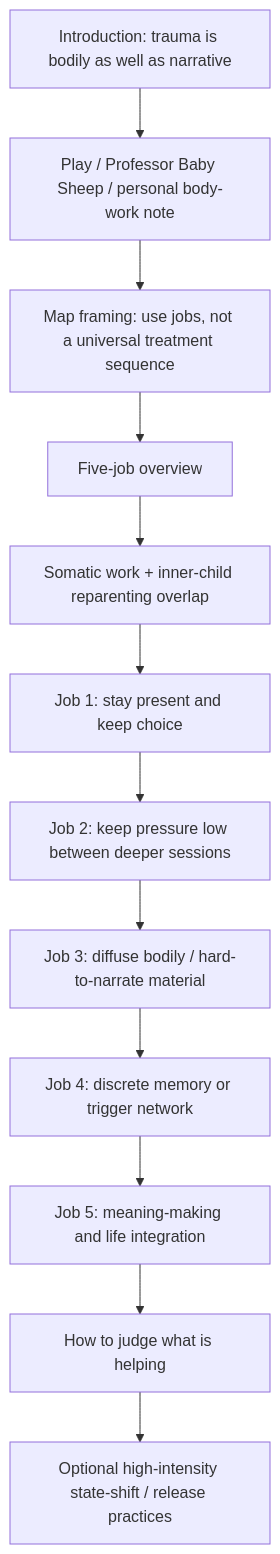
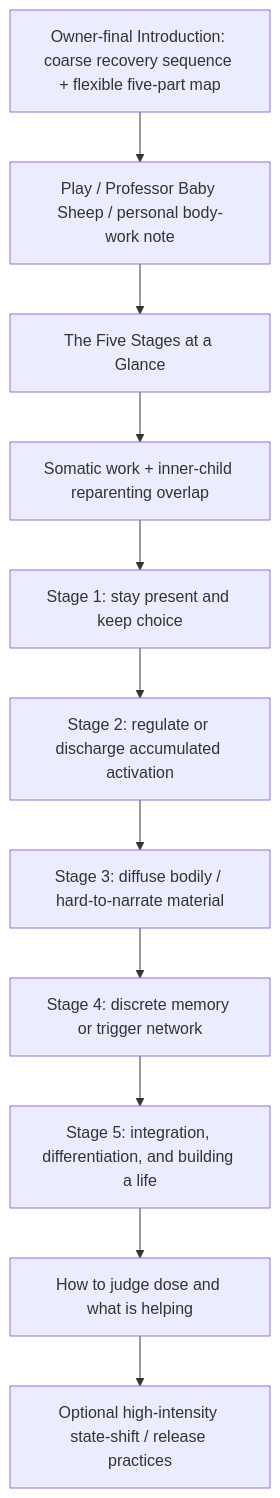
One commit to u-dont-existDOTcom/joel-articles changed the diagram in articles/somatic-therapies/ARCHITECTURE.md. Above: the diagram before and after it, drawn with Mermaid. The commit also changed other lines of this file, not shown here.

Commit message:
Adopt accepted Somatic five-stage architecture

````diff
--- a/articles/somatic-therapies/ARCHITECTURE.md
+++ b/articles/somatic-therapies/ARCHITECTURE.md
@@ -8,14 +8,13 @@
 ```mermaid
 flowchart TD
-    A[Introduction: trauma is bodily as well as narrative] --> B[Play / Professor Baby Sheep / personal body-work note]
-    B --> C[Map framing: use jobs, not a universal treatment sequence]
-    C --> D[Five-job overview]
-    D --> E[Somatic work + inner-child reparenting overlap]
-    E --> J1[Job 1: stay present and keep choice]
-    J1 --> J2[Job 2: keep pressure low between deeper sessions]
-    J2 --> J3[Job 3: diffuse bodily / hard-to-narrate material]
-    J3 --> J4[Job 4: discrete memory or trigger network]
-    J4 --> J5[Job 5: meaning-making and life integration]
-    J5 --> H[How to judge what is helping]
+    A[Owner-final Introduction: coarse recovery sequence + flexible five-part map] --> B[Play / Professor Baby Sheep / personal body-work note]
+    B --> C[The Five Stages at a Glance]
+    C --> D[Somatic work + inner-child reparenting overlap]
+    D --> S1[Stage 1: stay present and keep choice]
+    S1 --> S2[Stage 2: regulate or discharge accumulated activation]
+    S2 --> S3[Stage 3: diffuse bodily / hard-to-narrate material]
+    S3 --> S4[Stage 4: discrete memory or trigger network]
+    S4 --> S5[Stage 5: integration, differentiation, and building a life]
+    S5 --> H[How to judge dose and what is helping]
     H --> X[Optional high-intensity state-shift / release practices]
 ```
````
